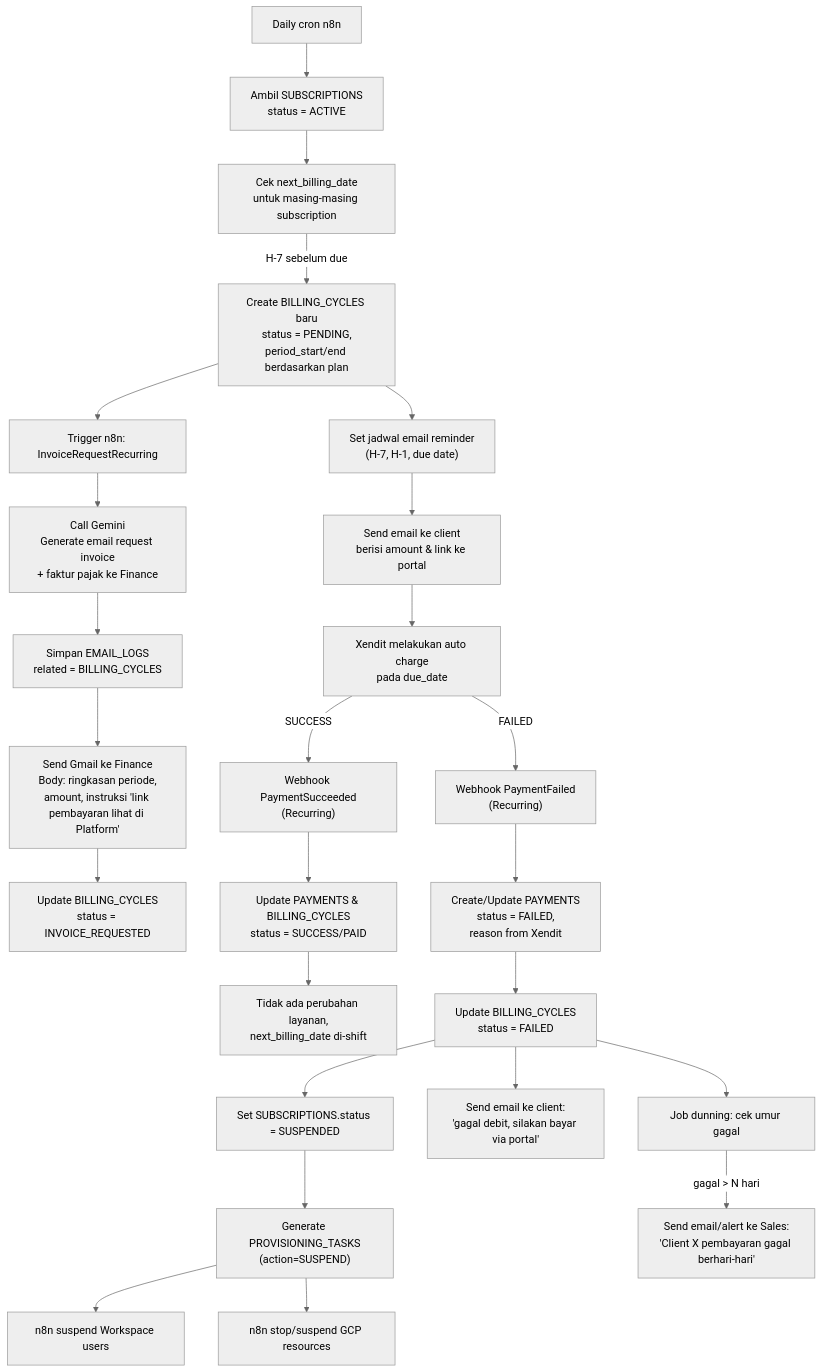
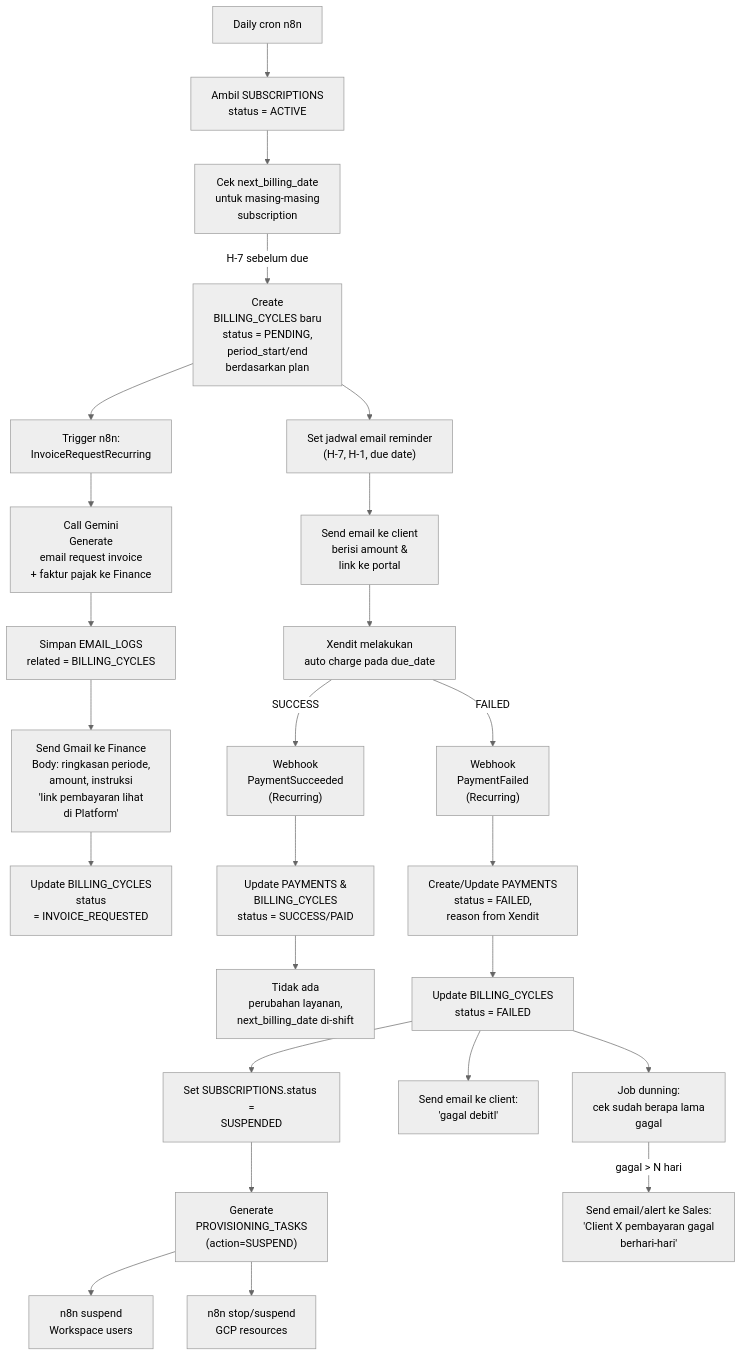
One commit to rifaldigits/CloudSales changed the fifth of 6 diagrams in README.md. Above: the diagram before and after it, drawn with Mermaid (neutral theme). The commit also changed other lines of this file, not shown here.

````diff
--- a/README.md
+++ b/README.md
@@ -439,44 +439,44 @@
 ```mermaid
 flowchart TD
     %% DAILY JOB
     CRON["Daily cron n8n"] --> B1["Ambil SUBSCRIPTIONS<br>status = ACTIVE"]
 
-    B1 --> B2["Cek next_billing_date<br>untuk masing-masing subscription"]
+    B1 --> B2["Cek next_billing_date<br>untuk masing-masing<br>subscription"]
 
     %% H-7: BUAT BILLING CYCLE & REQUEST INVOICE
-    B2 -->|H-7 sebelum due| BC1["Create BILLING_CYCLES baru<br>status = PENDING,<br>period_start/end berdasarkan plan"]
+    B2 -->|H-7 sebelum due| BC1["Create<br>BILLING_CYCLES baru<br>status = PENDING,<br>period_start/end<br>berdasarkan plan"]
 
-    BC1 --> T1["Trigger n8n: InvoiceRequestRecurring"]
-    T1 --> AI1["Call Gemini<br>Generate email request invoice<br>+ faktur pajak ke Finance"]
+    BC1 --> T1["Trigger n8n:<br>InvoiceRequestRecurring"]
+    T1 --> AI1["Call Gemini<br>Generate<br>email request invoice<br>+ faktur pajak ke Finance"]
     AI1 --> E1["Simpan EMAIL_LOGS<br>related = BILLING_CYCLES"]
 
-    E1 --> FMAIL["Send Gmail ke Finance<br>Body: ringkasan periode,<br>amount, instruksi 'link pembayaran lihat di Platform'"]
-    FMAIL --> BC2["Update BILLING_CYCLES<br>status = INVOICE_REQUESTED"]
+    E1 --> FMAIL["Send Gmail ke Finance<br>Body: ringkasan periode,<br>amount, instruksi<br>'link pembayaran lihat<br>di Platform'"]
+    FMAIL --> BC2["Update BILLING_CYCLES<br>status<br>= INVOICE_REQUESTED"]
 
     %% REMINDER KE CLIENT
     BC1 --> R1["Set jadwal email reminder<br>(H-7, H-1, due date)"]
-    R1 --> R2["Send email ke client<br>berisi amount & link ke portal"]
+    R1 --> R2["Send email ke client<br>berisi amount &<br>link ke portal"]
 
     %% XENDIT CHARGE RECURRING
-    R2 --> X1["Xendit melakukan auto charge<br>pada due_date"]
-    X1 -->|SUCCESS| WS["Webhook PaymentSucceeded<br>(Recurring)"]
-    X1 -->|FAILED| WF["Webhook PaymentFailed<br>(Recurring)"]
+    R2 --> X1["Xendit melakukan<br>auto charge pada due_date"]
+    X1 -->|SUCCESS| WS["Webhook<br>PaymentSucceeded<br>(Recurring)"]
+    X1 -->|FAILED| WF["Webhook<br>PaymentFailed<br>(Recurring)"]
 
     %% SUCCESS FLOW
-    WS --> P1["Update PAYMENTS & BILLING_CYCLES<br>status = SUCCESS/PAID"]
-    P1 --> OK["Tidak ada perubahan layanan,<br>next_billing_date di-shift"]
+    WS --> P1["Update PAYMENTS &<br>BILLING_CYCLES<br>status = SUCCESS/PAID"]
+    P1 --> OK["Tidak ada<br>perubahan layanan,<br>next_billing_date di-shift"]
 
     %% FAIL FLOW
     WF --> P2["Create/Update PAYMENTS<br>status = FAILED,<br>reason from Xendit"]
     P2 --> BC_FAIL["Update BILLING_CYCLES<br>status = FAILED"]
-    BC_FAIL --> SUSP["Set SUBSCRIPTIONS.status = SUSPENDED"]
-    SUSP --> PV_S["Generate PROVISIONING_TASKS<br>(action=SUSPEND)"]
-    PV_S --> GW_S["n8n suspend Workspace users"]
-    PV_S --> GCP_S["n8n stop/suspend GCP resources"]
+    BC_FAIL --> SUSP["Set SUBSCRIPTIONS.status =<br>SUSPENDED"]
+    SUSP --> PV_S["Generate<br>PROVISIONING_TASKS<br>(action=SUSPEND)"]
+    PV_S --> GW_S["n8n suspend<br>Workspace users"]
+    PV_S --> GCP_S["n8n stop/suspend<br>GCP resources"]
 
     %% NOTIFIKASI CLIENT & SALES
-    BC_FAIL --> EC1["Send email ke client:<br>'gagal debit, silakan bayar via portal'"] 
-    BC_FAIL --> DUN["Job dunning: cek umur gagal"]
+    BC_FAIL --> EC1["Send email ke client:<br>'gagal debitl'"] 
+    BC_FAIL --> DUN["Job dunning:<br>cek sudah berapa lama<br>gagal"]
 
-    DUN -->|gagal > N hari| NS["Send email/alert ke Sales:<br>'Client X pembayaran gagal berhari-hari'"]
+    DUN -->|gagal > N hari| NS["Send email/alert ke Sales:<br>'Client X pembayaran gagal<br>berhari-hari'"]
 ```
````
